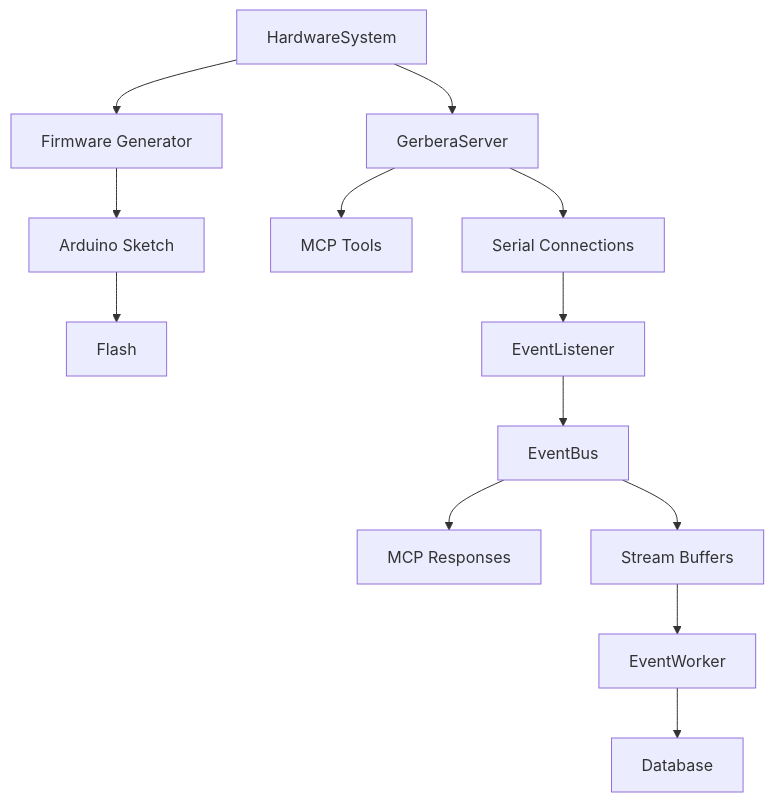
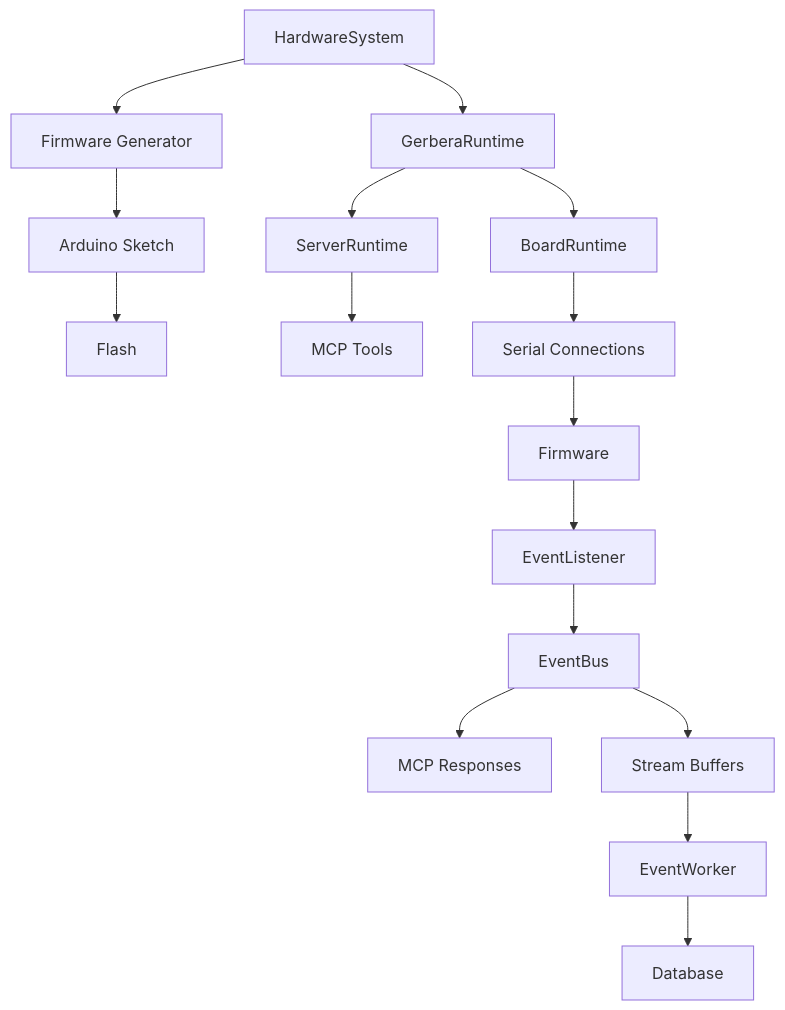
One commit to BaronLiu1993/gerbera changed the diagram in src/gerbera_sdk/README.md. Above: the diagram before and after it, drawn with Mermaid. The commit also changed other lines of this file and 7 other files, not shown here.

````diff
--- a/src/gerbera_sdk/README.md
+++ b/src/gerbera_sdk/README.md
@@ -39,15 +46,18 @@
 ```mermaid
 flowchart TD
     A[HardwareSystem] --> B[Firmware Generator]
     B --> C[Arduino Sketch]
     C --> D[Flash]
-    A --> E[GerberaServer]
-    E --> F[MCP Tools]
-    E --> G[Serial Connections]
-    G --> H[EventListener]
-    H --> I[EventBus]
-    I --> J[MCP Responses]
-    I --> K[Stream Buffers]
-    K --> L[EventWorker]
-    L --> M[Database]
+    A --> E[GerberaRuntime]
+    E --> F[BoardRuntime]
+    E --> G[ServerRuntime]
+    G --> H[MCP Tools]
+    F --> I[Serial Connections]
+    I --> J[Firmware]
+    J --> K[EventListener]
+    K --> L[EventBus]
+    L --> M[MCP Responses]
+    L --> N[Stream Buffers]
+    N --> O[EventWorker]
+    O --> P[Database]
 ```
````
